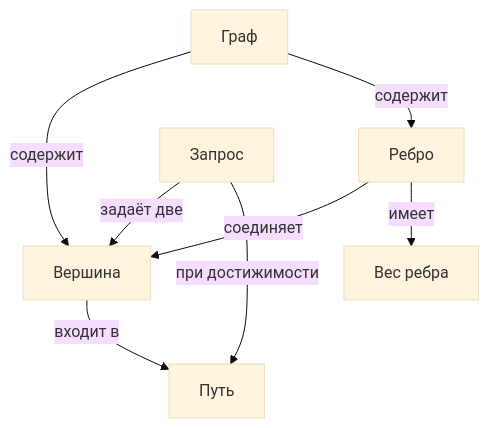
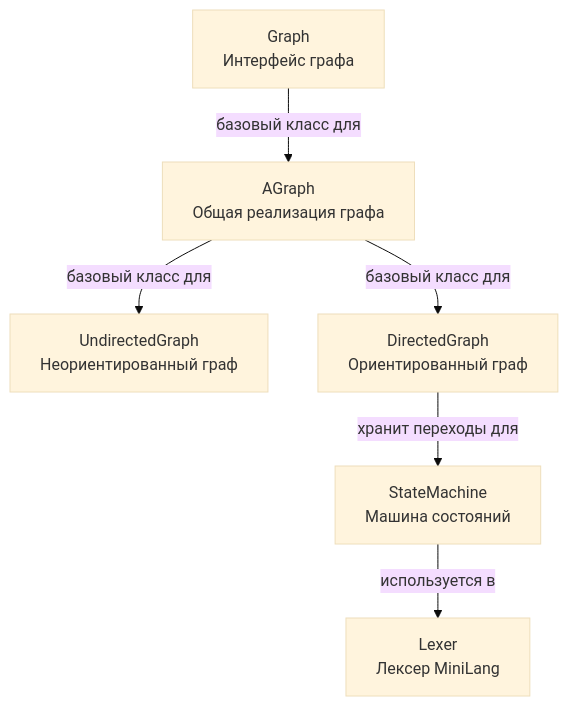
Before and after one commit to Krastti/DataStructures: the first of 2 diagrams in ThirdLab/docs/design.md, drawn with Mermaid (base theme). The commit also changed other lines of this file and 9 other files, not shown here.

Commit message:
Обновил документацию ЛР-3 и MiniLang

````diff
--- a/ThirdLab/docs/design.md
+++ b/ThirdLab/docs/design.md
@@ -24,16 +22,8 @@
 ```mermaid
----
-config:
-  flowchart:
-    nodeSpacing: 30
-    rankSpacing: 40
----
 flowchart TD
-    Graph["Граф"] -->|"содержит"| Vertex["Вершина"]
-    Graph -->|"содержит"| Edge["Ребро"]
-    Edge -->|"соединяет"| Vertex
-    Edge -->|"имеет"| Weight["Вес ребра"]
-    Query["Запрос"] -->|"задаёт две"| Vertex
-    Query -->|"при достижимости"| Path["Путь"]
-    Vertex -->|"входит в"| Path
+    Graph["Graph<br/>Интерфейс графа"] -->|"базовый класс для"| AGraph["AGraph<br/>Общая реализация графа"]
+    AGraph -->|"базовый класс для"| UndirectedGraph["UndirectedGraph<br/>Неориентированный граф"]
+    AGraph -->|"базовый класс для"| DirectedGraph["DirectedGraph<br/>Ориентированный граф"]
+    DirectedGraph -->|"хранит переходы для"| StateMachine["StateMachine<br/>Машина состояний"]
+    StateMachine -->|"используется в"| Lexer["Lexer<br/>Лексер MiniLang"]
 ```
````
